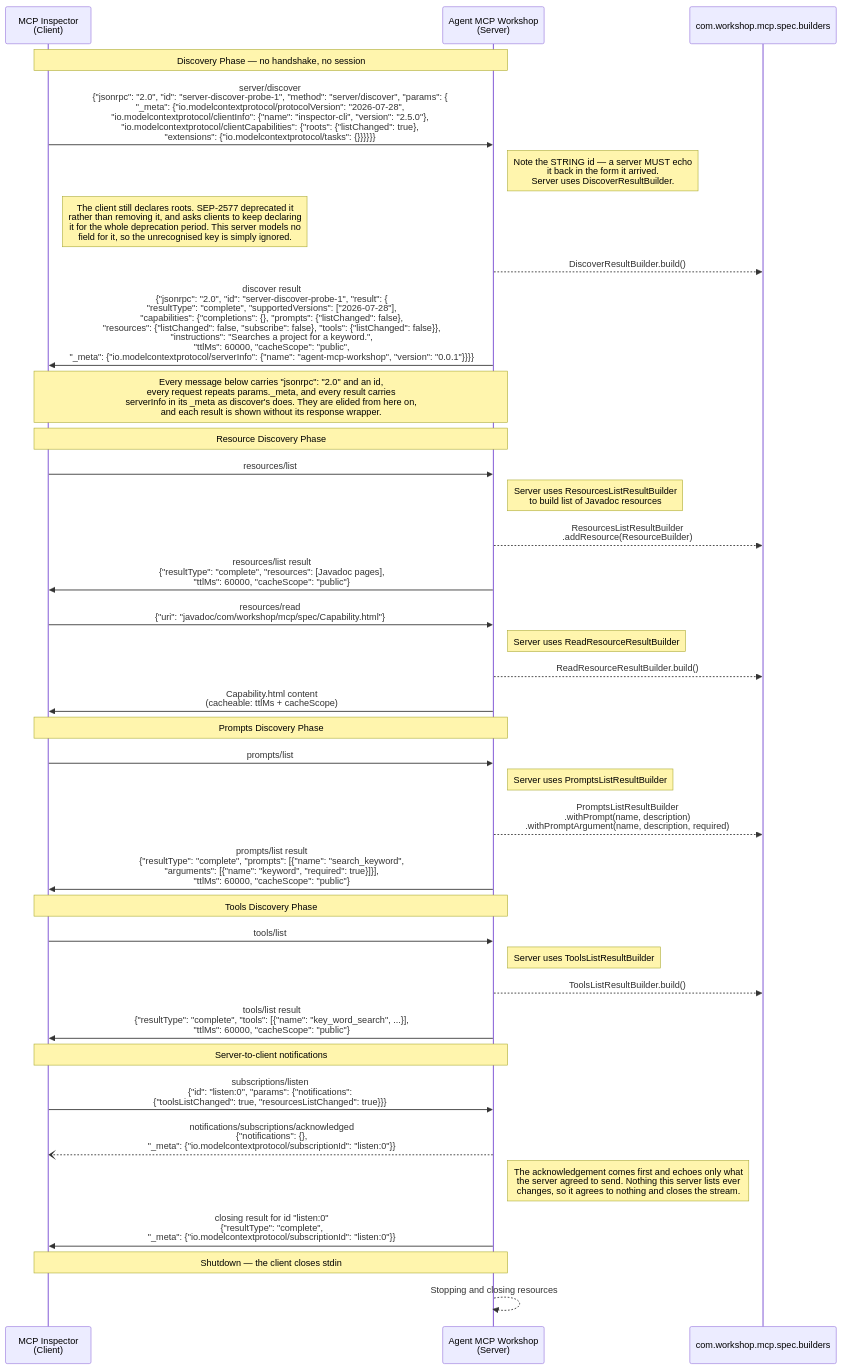
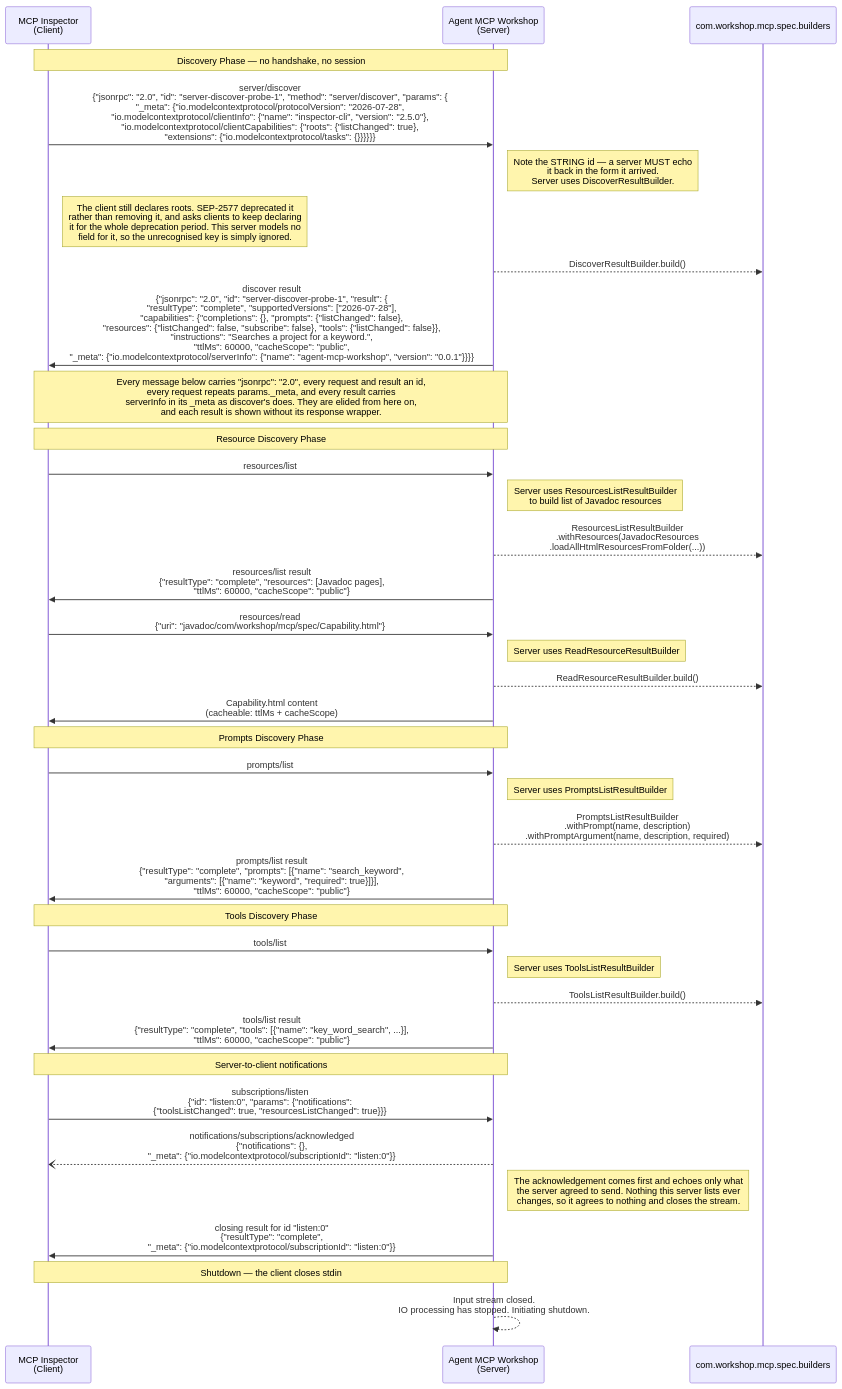
The diagram in lessons/02-mcp-json-communication-flow-diagram.md (David-Parry/agent-mcp-workshop), drawn with Mermaid before and after one commit. The commit also changed other lines of this file and 5 other files, not shown here.

First line of the commit message:
Chapter 02: move the traceparent stretch below the constructor, and correct the JSON diagram.

````diff
--- a/lessons/02-mcp-json-communication-flow-diagram.md
+++ b/lessons/02-mcp-json-communication-flow-diagram.md
@@ -5,62 +5,62 @@
 ```mermaid
 sequenceDiagram
     participant Client as MCP Inspector<br/>(Client)
     participant Server as Agent MCP Workshop<br/>(Server)
     participant Builders as com.workshop.mcp.spec.builders
 
     Note over Client,Server: Discovery Phase — no handshake, no session
 
     Client->>Server: server/discover<br/>{"jsonrpc": "2.0", "id": "server-discover-probe-1", "method": "server/discover", "params": {<br/>"_meta": {"io.modelcontextprotocol/protocolVersion": "2026-07-28",<br/>"io.modelcontextprotocol/clientInfo": {"name": "inspector-cli", "version": "2.5.0"},<br/>"io.modelcontextprotocol/clientCapabilities": {"roots": {"listChanged": true},<br/>"extensions": {"io.modelcontextprotocol/tasks": {}}}}}}
 
     Note right of Server: Note the STRING id — a server MUST echo<br/>it back in the form it arrived.<br/>Server uses DiscoverResultBuilder.
     Note right of Client: The client still declares roots. SEP-2577 deprecated it<br/>rather than removing it, and asks clients to keep declaring<br/>it for the whole deprecation period. This server models no<br/>field for it, so the unrecognised key is simply ignored.
     Server-->>Builders: DiscoverResultBuilder.build()
 
     Server->>Client: discover result<br/>{"jsonrpc": "2.0", "id": "server-discover-probe-1", "result": {<br/>"resultType": "complete", "supportedVersions": ["2026-07-28"],<br/>"capabilities": {"completions": {}, "prompts": {"listChanged": false},<br/>"resources": {"listChanged": false, "subscribe": false}, "tools": {"listChanged": false}},<br/>"instructions": "Searches a project for a keyword.",<br/>"ttlMs": 60000, "cacheScope": "public",<br/>"_meta": {"io.modelcontextprotocol/serverInfo": {"name": "agent-mcp-workshop", "version": "0.0.1"}}}}
 
-    Note over Client,Server: Every message below carries "jsonrpc": "2.0" and an id,<br/>every request repeats params._meta, and every result carries<br/>serverInfo in its _meta as discover's does. They are elided from here on,<br/>and each result is shown without its response wrapper.
+    Note over Client,Server: Every message below carries "jsonrpc": "2.0", every request and result an id,<br/>every request repeats params._meta, and every result carries<br/>serverInfo in its _meta as discover's does. They are elided from here on,<br/>and each result is shown without its response wrapper.
 
     Note over Client,Server: Resource Discovery Phase
 
     Client->>Server: resources/list
 
     Note right of Server: Server uses ResourcesListResultBuilder<br/>to build list of Javadoc resources
-    Server-->>Builders: ResourcesListResultBuilder<br/>.addResource(ResourceBuilder)
+    Server-->>Builders: ResourcesListResultBuilder<br/>.withResources(JavadocResources<br/>.loadAllHtmlResourcesFromFolder(...))
 
     Server->>Client: resources/list result<br/>{"resultType": "complete", "resources": [Javadoc pages],<br/>"ttlMs": 60000, "cacheScope": "public"}
 
     Client->>Server: resources/read<br/>{"uri": "javadoc/com/workshop/mcp/spec/Capability.html"}
 
     Note right of Server: Server uses ReadResourceResultBuilder
     Server-->>Builders: ReadResourceResultBuilder.build()
 
     Server->>Client: Capability.html content<br/>(cacheable: ttlMs + cacheScope)
 
     Note over Client,Server: Prompts Discovery Phase
 
     Client->>Server: prompts/list
 
     Note right of Server: Server uses PromptsListResultBuilder
     Server-->>Builders: PromptsListResultBuilder<br/>.withPrompt(name, description)<br/>.withPromptArgument(name, description, required)
 
     Server->>Client: prompts/list result<br/>{"resultType": "complete", "prompts": [{"name": "search_keyword",<br/>"arguments": [{"name": "keyword", "required": true}]}],<br/>"ttlMs": 60000, "cacheScope": "public"}
 
     Note over Client,Server: Tools Discovery Phase
 
     Client->>Server: tools/list
 
     Note right of Server: Server uses ToolsListResultBuilder
     Server-->>Builders: ToolsListResultBuilder.build()
 
     Server->>Client: tools/list result<br/>{"resultType": "complete", "tools": [{"name": "key_word_search", ...}],<br/>"ttlMs": 60000, "cacheScope": "public"}
 
     Note over Client,Server: Server-to-client notifications
 
     Client->>Server: subscriptions/listen<br/>{"id": "listen:0", "params": {"notifications":<br/>{"toolsListChanged": true, "resourcesListChanged": true}}}
     Server--)Client: notifications/subscriptions/acknowledged<br/>{"notifications": {},<br/>"_meta": {"io.modelcontextprotocol/subscriptionId": "listen:0"}}
     Note right of Server: The acknowledgement comes first and echoes only what<br/>the server agreed to send. Nothing this server lists ever<br/>changes, so it agrees to nothing and closes the stream.
     Server->>Client: closing result for id "listen:0"<br/>{"resultType": "complete",<br/>"_meta": {"io.modelcontextprotocol/subscriptionId": "listen:0"}}
 
     Note over Client,Server: Shutdown — the client closes stdin
-    Server-->>Server: Stopping and closing resources
+    Server-->>Server: Input stream closed.<br/>IO processing has stopped. Initiating shutdown.
 ```
````
